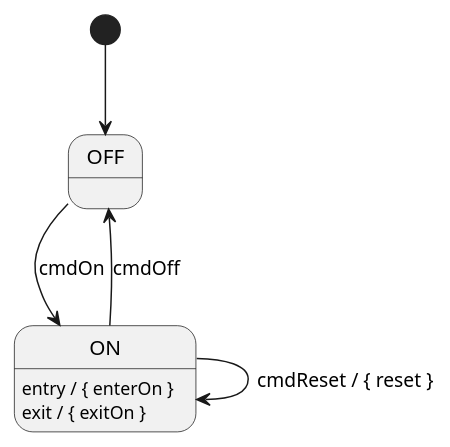
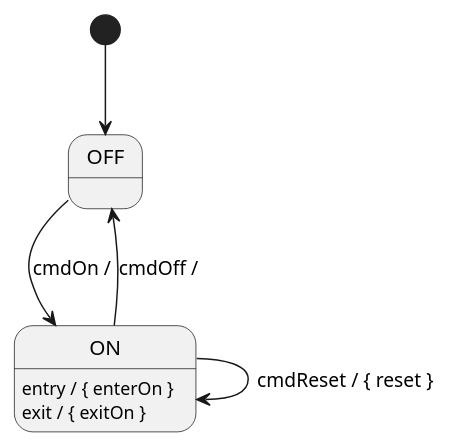
The diagram in docs/users-guide/diagrams/state-machine/SelfTransitions.puml (nasa/fpp), drawn with PlantUML before and after one commit. The commit also changed 9 other files, not shown here.

```diff
--- a/docs/users-guide/diagrams/state-machine/SelfTransitions.puml
+++ b/docs/users-guide/diagrams/state-machine/SelfTransitions.puml
@@ -1,16 +1,16 @@
 @startuml
 
 [*] --> OFF
 
 state OFF
 
 state ON {
   ON: entry / { enterOn }
   ON: exit / { exitOn }
 }
 
-OFF --> ON : cmdOn
-ON --> OFF : cmdOff
+OFF --> ON : cmdOn /
+ON --> OFF : cmdOff /
 ON --> ON : cmdReset / { reset }
 
 @enduml
```
